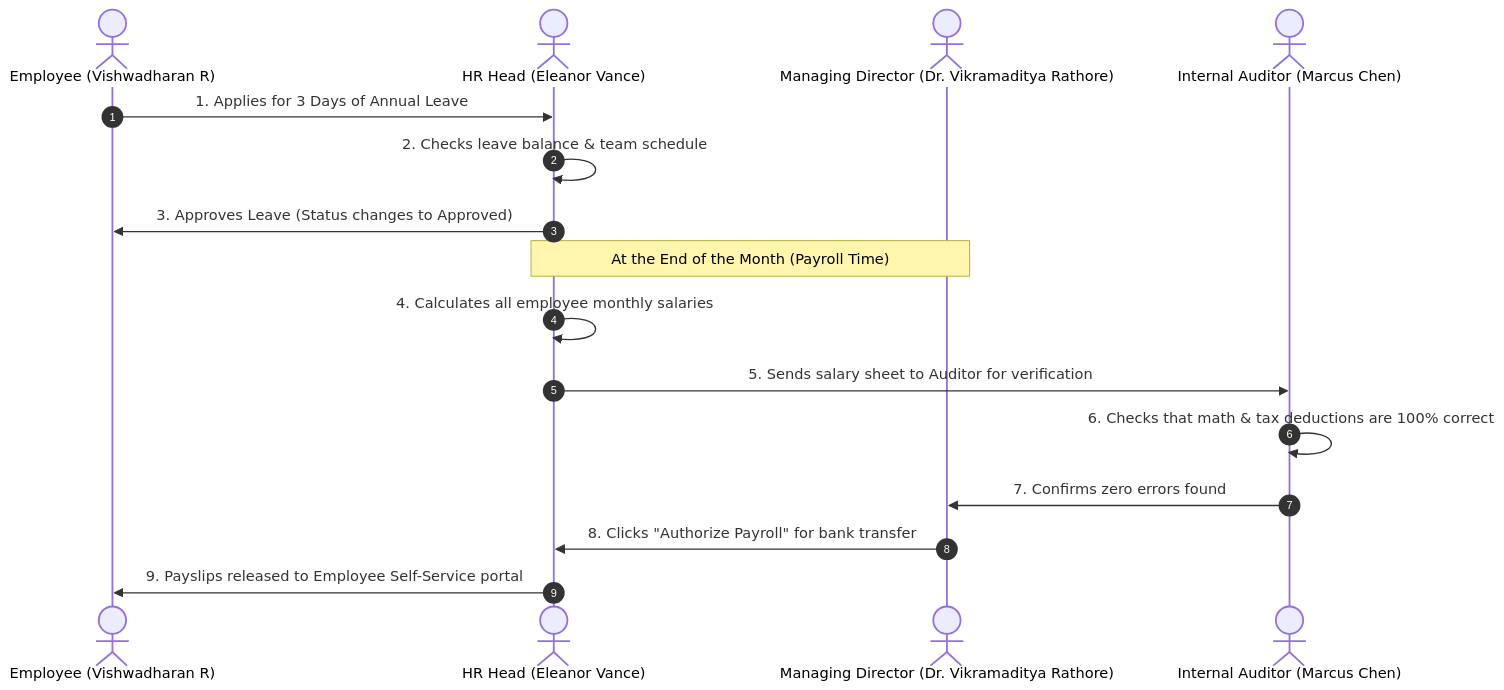
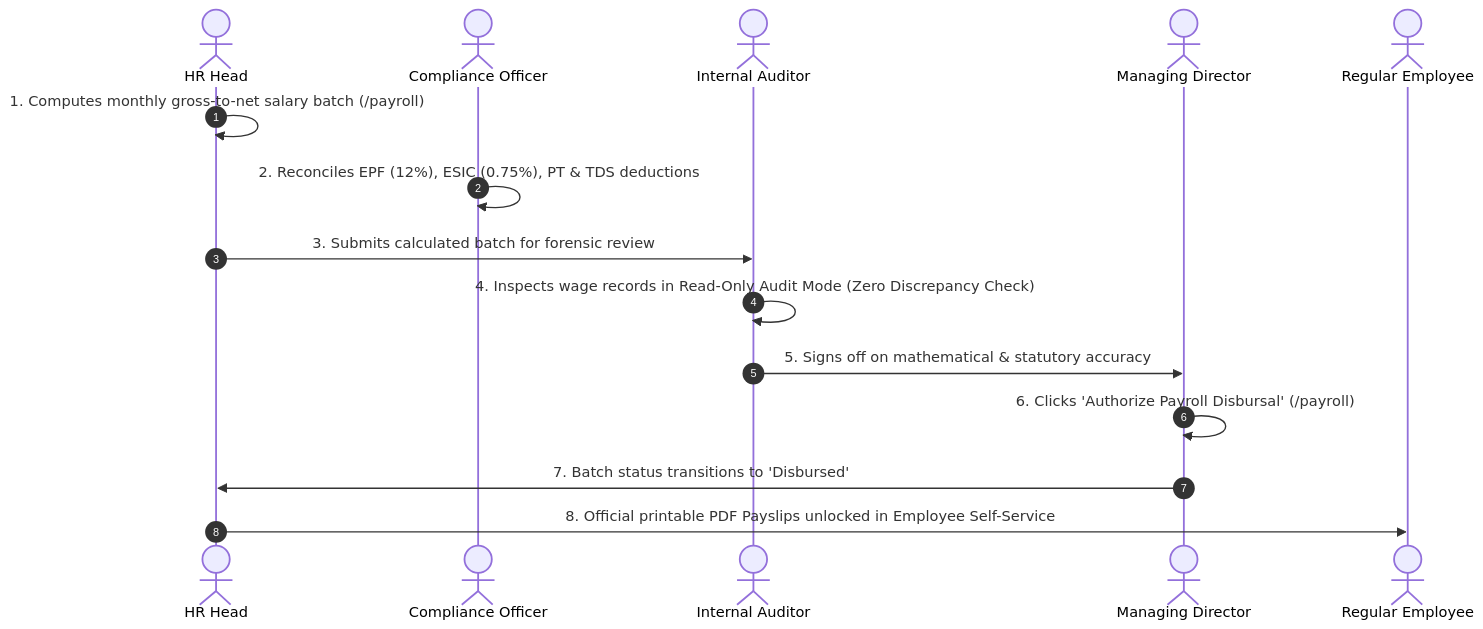
Before and after one commit to ViruzVerse-Solutions/hrms: the fifth of 7 diagrams in docs/DOC_PROJ.md, drawn with Mermaid. The commit also changed other lines of this file and 9 other files, not shown here.

````diff
--- a/docs/DOC_PROJ.md
+++ b/docs/DOC_PROJ.md
@@ -221,20 +292,18 @@
 ```mermaid
 sequenceDiagram
     autonumber
-    actor EMP as Employee (Vishwadharan R)
-    actor HR as HR Head (Eleanor Vance)
-    actor MD as Managing Director (Dr. Vikramaditya Rathore)
-    actor AUD as Internal Auditor (Marcus Chen)
+    actor HR as HR Head
+    actor CMP as Compliance Officer
+    actor AUD as Internal Auditor
+    actor MD as Managing Director
+    actor EMP as Regular Employee
 
-    EMP->>HR: 1. Applies for 3 Days of Annual Leave
-    HR->>HR: 2. Checks leave balance & team schedule
-    HR->>EMP: 3. Approves Leave (Status changes to Approved)
-    
-    Note over HR,MD: At the End of the Month (Payroll Time)
-    HR->>HR: 4. Calculates all employee monthly salaries
-    HR->>AUD: 5. Sends salary sheet to Auditor for verification
-    AUD->>AUD: 6. Checks that math & tax deductions are 100% correct
-    AUD->>MD: 7. Confirms zero errors found
-    MD->>HR: 8. Clicks "Authorize Payroll" for bank transfer
-    HR->>EMP: 9. Payslips released to Employee Self-Service portal
+    HR->>HR: 1. Computes monthly gross-to-net salary batch (/payroll)
+    CMP->>CMP: 2. Reconciles EPF (12%), ESIC (0.75%), PT & TDS deductions
+    HR->>AUD: 3. Submits calculated batch for forensic review
+    AUD->>AUD: 4. Inspects wage records in Read-Only Audit Mode (Zero Discrepancy Check)
+    AUD->>MD: 5. Signs off on mathematical & statutory accuracy
+    MD->>MD: 6. Clicks 'Authorize Payroll Disbursal' (/payroll)
+    MD->>HR: 7. Batch status transitions to 'Disbursed'
+    HR->>EMP: 8. Official printable PDF Payslips unlocked in Employee Self-Service
 ```
````
